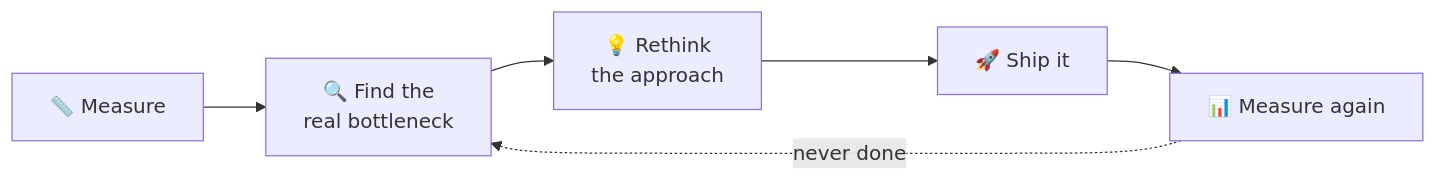
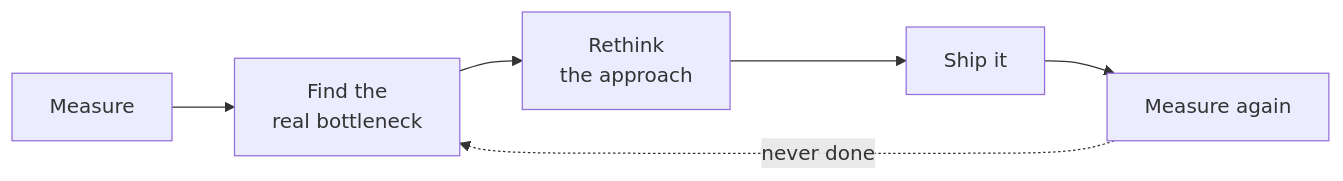
One commit to JavierIvanValenzuelaEsparza/JavierIvanValenzuelaEsparza changed the first of 2 diagrams in README.md. Above: the diagram before and after it, drawn with Mermaid. The commit also changed other lines of this file, not shown here.

````diff
--- a/README.md
+++ b/README.md
@@ -52,8 +52,8 @@
 ```mermaid
 flowchart LR
-    A["📏 Measure"] --> B["🔍 Find the<br/>real bottleneck"]
-    B --> C["💡 Rethink<br/>the approach"]
-    C --> D["🚀 Ship it"]
-    D --> E["📊 Measure again"]
+    A["Measure"] --> B["Find the<br/>real bottleneck"]
+    B --> C["Rethink<br/>the approach"]
+    C --> D["Ship it"]
+    D --> E["Measure again"]
     E -.->|never done| B
 ```
````
